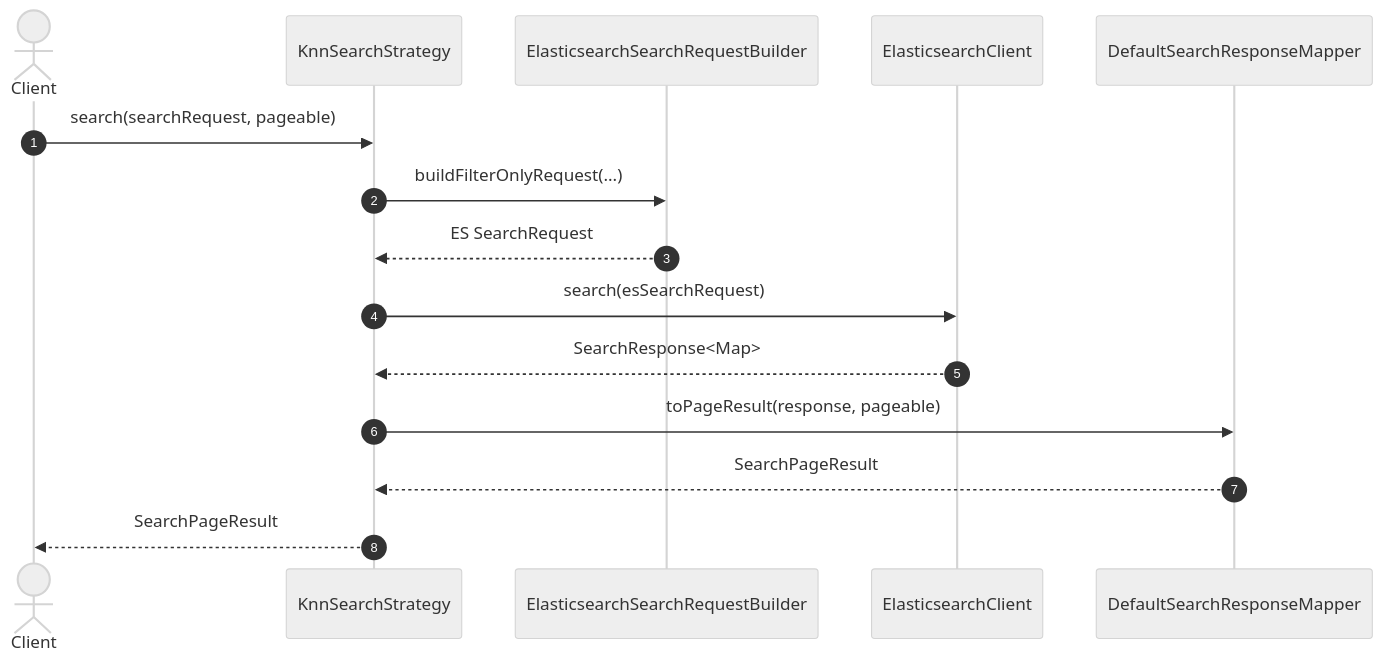
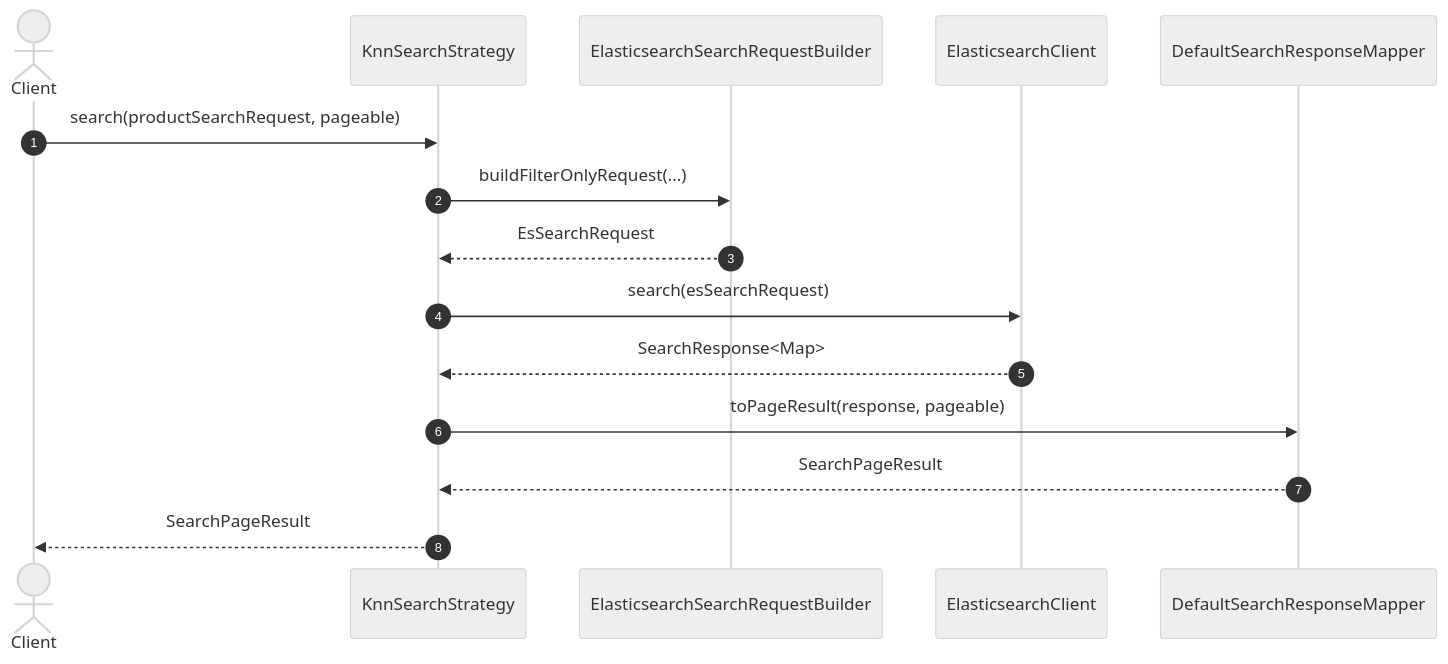
The fourth of 6 diagrams in docs/12.카테고리_부스팅_코드설명.md (Justin-ad-Park/ai-search-gpt), drawn with Mermaid (neutral theme) before and after one commit. The commit also changed other lines of this file and 18 other files, not shown here.

````diff
--- a/docs/12.카테고리_부스팅_코드설명.md
+++ b/docs/12.카테고리_부스팅_코드설명.md
@@ -84,18 +91,18 @@
 ```mermaid
 sequenceDiagram
     autonumber
     actor Client
     participant S as KnnSearchStrategy
     participant R as ElasticsearchSearchRequestBuilder
     participant ES as ElasticsearchClient
     participant M as DefaultSearchResponseMapper
 
-    Client->>S: search(searchRequest, pageable)
+    Client->>S: search(productSearchRequest, pageable)
     S->>R: buildFilterOnlyRequest(...)
-    R-->>S: ES SearchRequest
+    R-->>S: EsSearchRequest
     S->>ES: search(esSearchRequest)
     ES-->>S: SearchResponse<Map>
     S->>M: toPageResult(response, pageable)
     M-->>S: SearchPageResult
     S-->>Client: SearchPageResult
 ```
````
